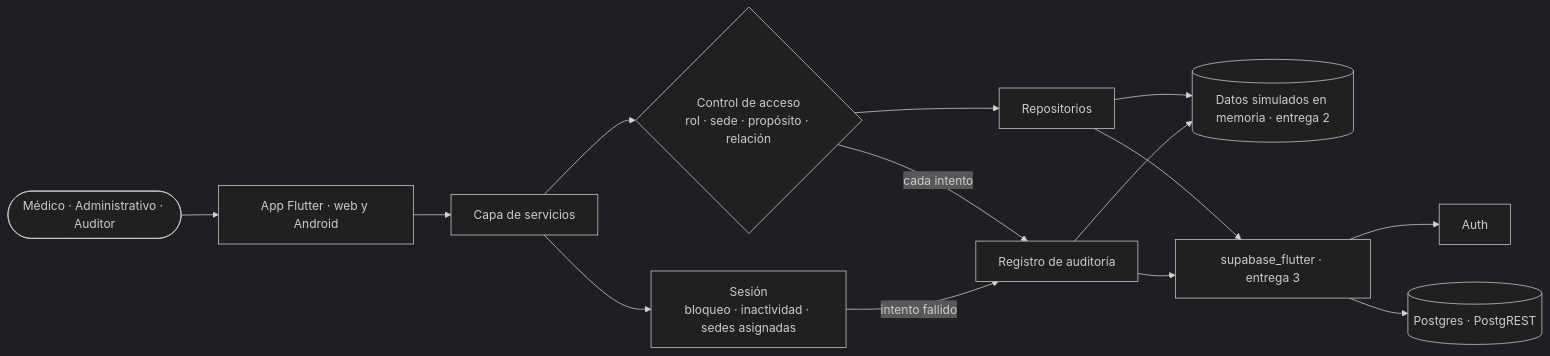
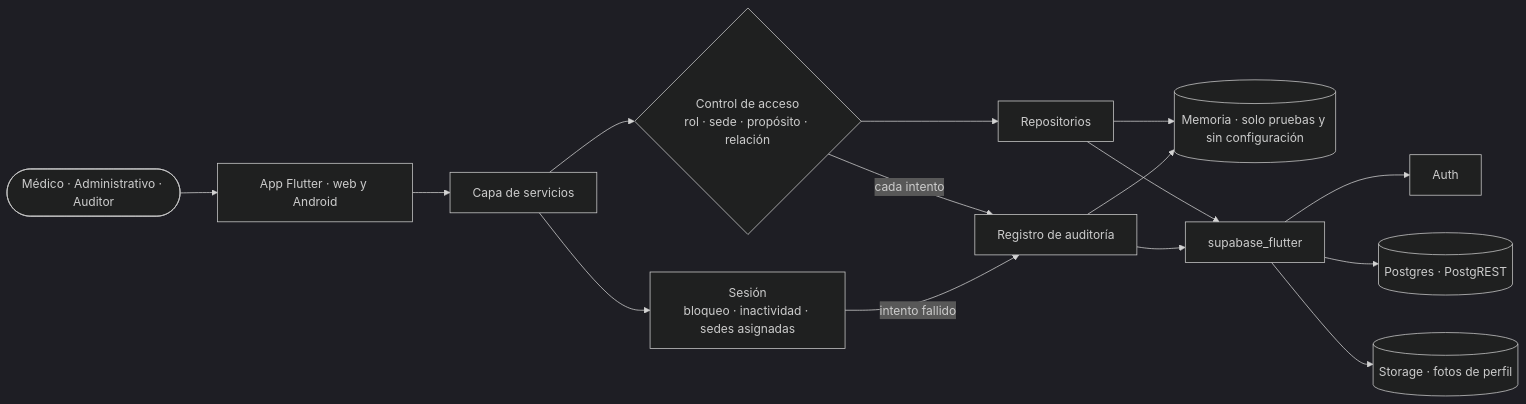
One commit to michellegalvez/Red_Vitalys changed the diagram in docs/architectural_spine.md. Above: the diagram before and after it, drawn with Mermaid (dark theme). The commit also changed other lines of this file and 11 other files, not shown here.

````diff
--- a/docs/architectural_spine.md
+++ b/docs/architectural_spine.md
@@ -18,16 +18,17 @@
 ```mermaid
 flowchart LR
   user([Médico · Administrativo · Auditor]) --> app[App Flutter · web y Android]
   app --> services[Capa de servicios]
   services --> session[Sesión<br/>bloqueo · inactividad · sedes asignadas]
   services --> guard{Control de acceso<br/>rol · sede · propósito · relación}
   guard --> repos[Repositorios]
   guard -- cada intento --> audit[Registro de auditoría]
   session -- intento fallido --> audit
-  repos --> mem[(Datos simulados en memoria · entrega 2)]
-  repos --> sdk[supabase_flutter · entrega 3]
+  repos --> mem[(Memoria · solo pruebas y sin configuración)]
+  repos --> sdk[supabase_flutter]
   audit --> mem
   audit --> sdk
   sdk --> auth[Auth]
   sdk --> db[(Postgres · PostgREST)]
+  sdk --> storage[(Storage · fotos de perfil)]
 ```
````
